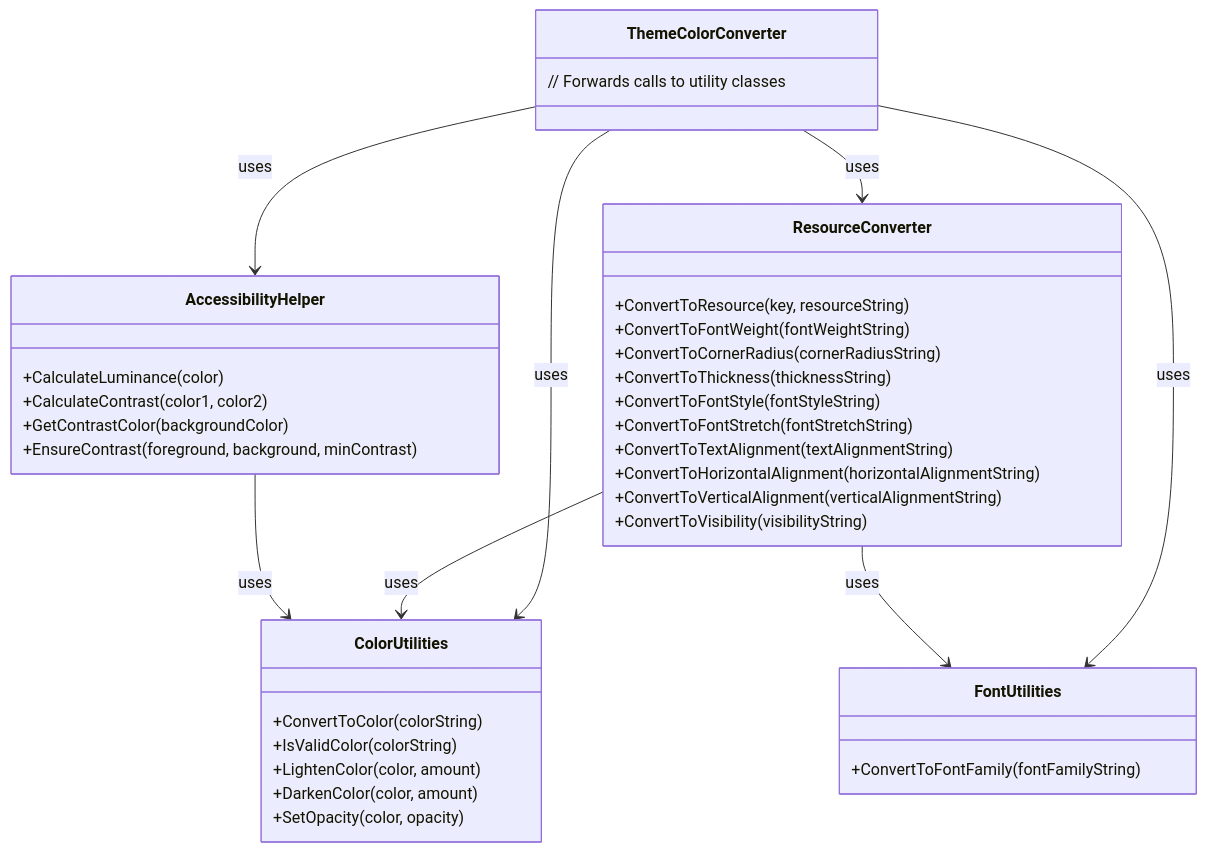
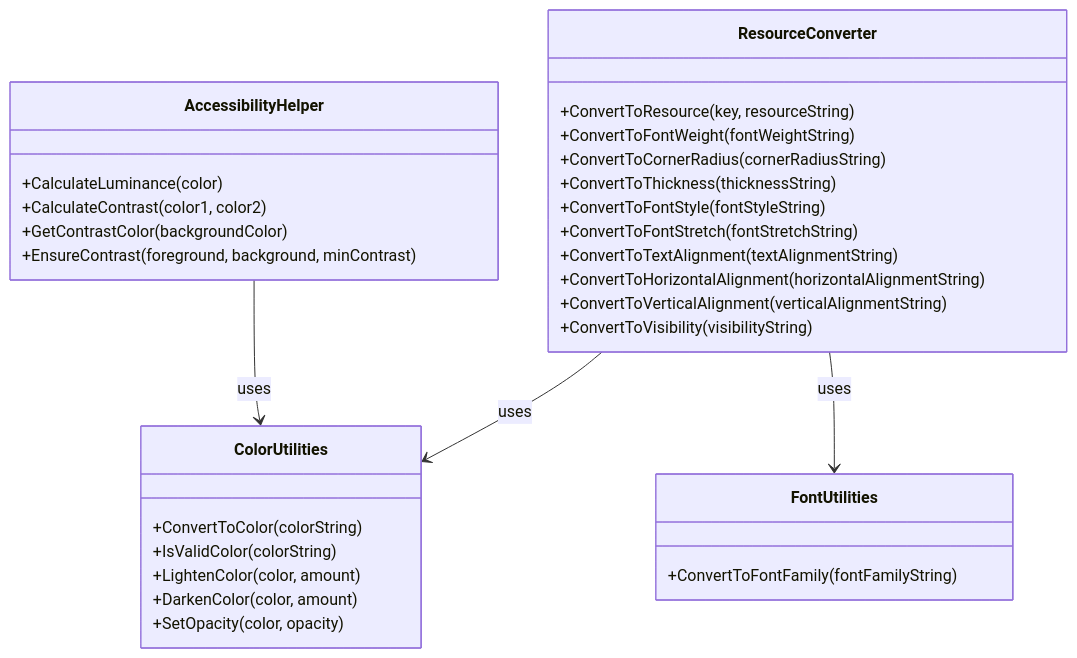
Before and after one commit to psyraxaus/Prosim2GSX: the diagram in Prosim2GSX/UI/EFB/Themes/README.md, drawn with Mermaid. The commit also changed other lines of this file and 5 other files, not shown here.

Commit message:
ThemeColorConverter Refactoring and Deprecation Complete

````diff
--- a/Prosim2GSX/UI/EFB/Themes/README.md
+++ b/Prosim2GSX/UI/EFB/Themes/README.md
@@ -9,46 +9,38 @@
 ```mermaid
 classDiagram
     class ResourceConverter {
         +ConvertToResource(key, resourceString)
         +ConvertToFontWeight(fontWeightString)
         +ConvertToCornerRadius(cornerRadiusString)
         +ConvertToThickness(thicknessString)
         +ConvertToFontStyle(fontStyleString)
         +ConvertToFontStretch(fontStretchString)
         +ConvertToTextAlignment(textAlignmentString)
         +ConvertToHorizontalAlignment(horizontalAlignmentString)
         +ConvertToVerticalAlignment(verticalAlignmentString)
         +ConvertToVisibility(visibilityString)
     }
     
     class ColorUtilities {
         +ConvertToColor(colorString)
         +IsValidColor(colorString)
         +LightenColor(color, amount)
         +DarkenColor(color, amount)
         +SetOpacity(color, opacity)
     }
     
     class AccessibilityHelper {
         +CalculateLuminance(color)
         +CalculateContrast(color1, color2)
         +GetContrastColor(backgroundColor)
         +EnsureContrast(foreground, background, minContrast)
     }
     
     class FontUtilities {
         +ConvertToFontFamily(fontFamilyString)
     }
     
-    class ThemeColorConverter {
-        // Forwards calls to utility classes
-    }
-    
-    ThemeColorConverter --> ResourceConverter : uses
-    ThemeColorConverter --> ColorUtilities : uses
-    ThemeColorConverter --> AccessibilityHelper : uses
-    ThemeColorConverter --> FontUtilities : uses
     ResourceConverter --> ColorUtilities : uses
     ResourceConverter --> FontUtilities : uses
     AccessibilityHelper --> ColorUtilities : uses
 ```
````
